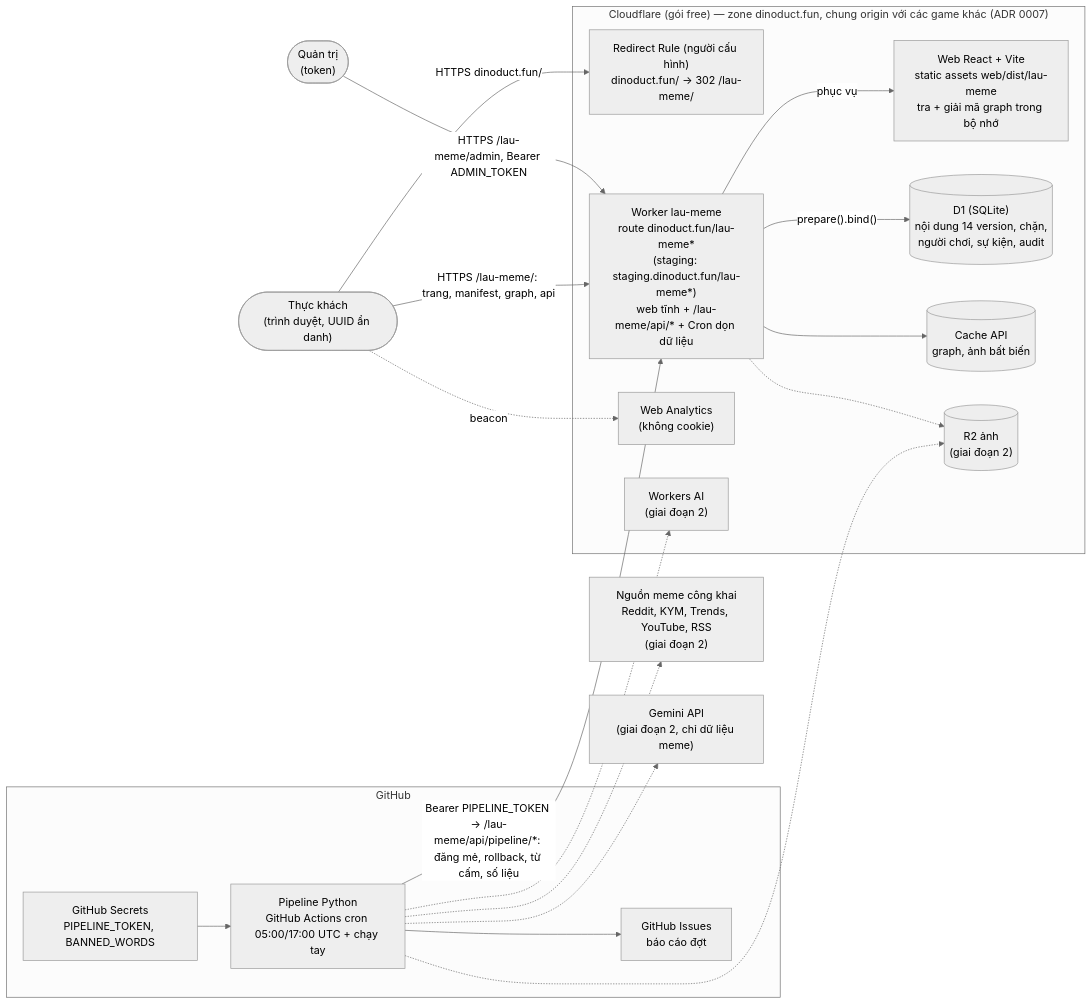
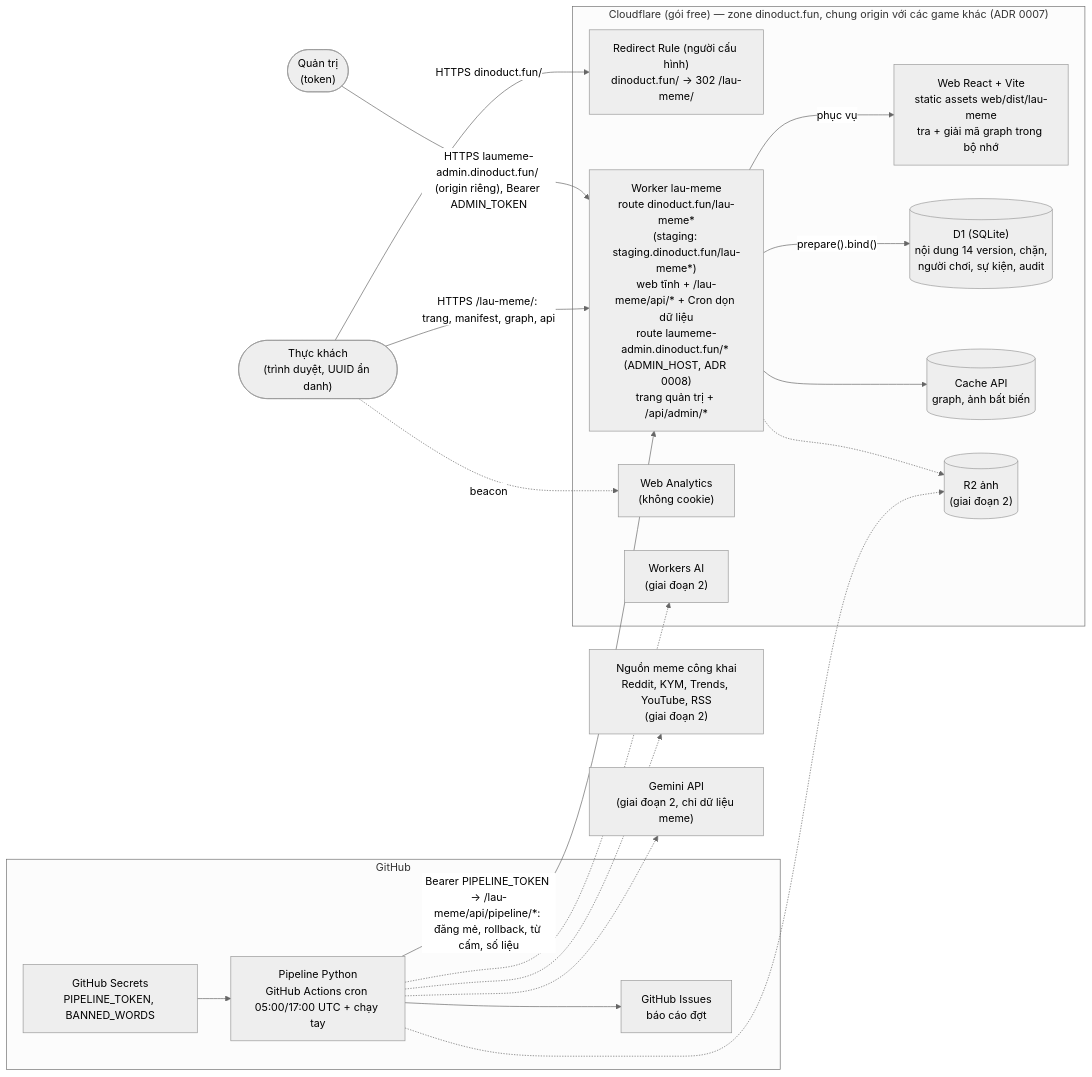
One commit to thucnq/lau-meme changed the diagram in docs/diagrams/system.mmd. Above: the diagram before and after it, drawn with Mermaid (neutral theme). The commit also changed 5 other files, not shown here.

First line of the commit message:
docs(deploy): host quản trị trong DNS, bảng môi trường và sơ đồ hệ thống; CHANGELOG admin; release staging e7a3f0a9

```diff
--- a/docs/diagrams/system.mmd
+++ b/docs/diagrams/system.mmd
@@ -1,40 +1,40 @@
 %% C4 container — Lẩu Meme (giai đoạn 1; nét đứt = giai đoạn 2)
 flowchart LR
   player(["Thực khách<br/>(trình duyệt, UUID ẩn danh)"])
   admin(["Quản trị<br/>(token)"])
 
   subgraph cf["Cloudflare (gói free) — zone dinoduct.fun, chung origin với các game khác (ADR 0007)"]
     redirect["Redirect Rule (người cấu hình)<br/>dinoduct.fun/ → 302 /lau-meme/"]
-    worker["Worker lau-meme<br/>route dinoduct.fun/lau-meme*<br/>(staging: staging.dinoduct.fun/lau-meme*)<br/>web tĩnh + /lau-meme/api/* + Cron dọn dữ liệu"]
+    worker["Worker lau-meme<br/>route dinoduct.fun/lau-meme*<br/>(staging: staging.dinoduct.fun/lau-meme*)<br/>web tĩnh + /lau-meme/api/* + Cron dọn dữ liệu<br/>route laumeme-admin.dinoduct.fun/* (ADMIN_HOST, ADR 0008)<br/>trang quản trị + /api/admin/*"]
     web["Web React + Vite<br/>static assets web/dist/lau-meme<br/>tra + giải mã graph trong bộ nhớ"]
     d1[("D1 (SQLite)<br/>nội dung 14 version, chặn,<br/>người chơi, sự kiện, audit")]
     cache[("Cache API<br/>graph, ảnh bất biến")]
     wa["Web Analytics<br/>(không cookie)"]
     r2[("R2 ảnh<br/>(giai đoạn 2)")]
     wai["Workers AI<br/>(giai đoạn 2)"]
   end
 
   subgraph gh["GitHub"]
     actions["Pipeline Python<br/>GitHub Actions cron 05:00/17:00 UTC + chạy tay"]
     issues["GitHub Issues<br/>báo cáo đợt"]
     secrets["GitHub Secrets<br/>PIPELINE_TOKEN, BANNED_WORDS"]
   end
 
   sources["Nguồn meme công khai<br/>Reddit, KYM, Trends, YouTube, RSS<br/>(giai đoạn 2)"]
   gemini["Gemini API<br/>(giai đoạn 2, chỉ dữ liệu meme)"]
 
   player -- "HTTPS dinoduct.fun/" --> redirect
   player -- "HTTPS /lau-meme/: trang, manifest, graph, api" --> worker
-  admin -- "HTTPS /lau-meme/admin, Bearer ADMIN_TOKEN" --> worker
+  admin -- "HTTPS laumeme-admin.dinoduct.fun/ (origin riêng), Bearer ADMIN_TOKEN" --> worker
   worker -- "phục vụ" --> web
   worker -- "prepare().bind()" --> d1
   worker --> cache
   player -. beacon .-> wa
   actions -- "Bearer PIPELINE_TOKEN → /lau-meme/api/pipeline/*: đăng mẻ, rollback, từ cấm, số liệu" --> worker
   actions --> issues
   secrets --> actions
   actions -.-> sources
   actions -.-> gemini
   actions -.-> wai
   actions -.-> r2
   worker -.-> r2
```
